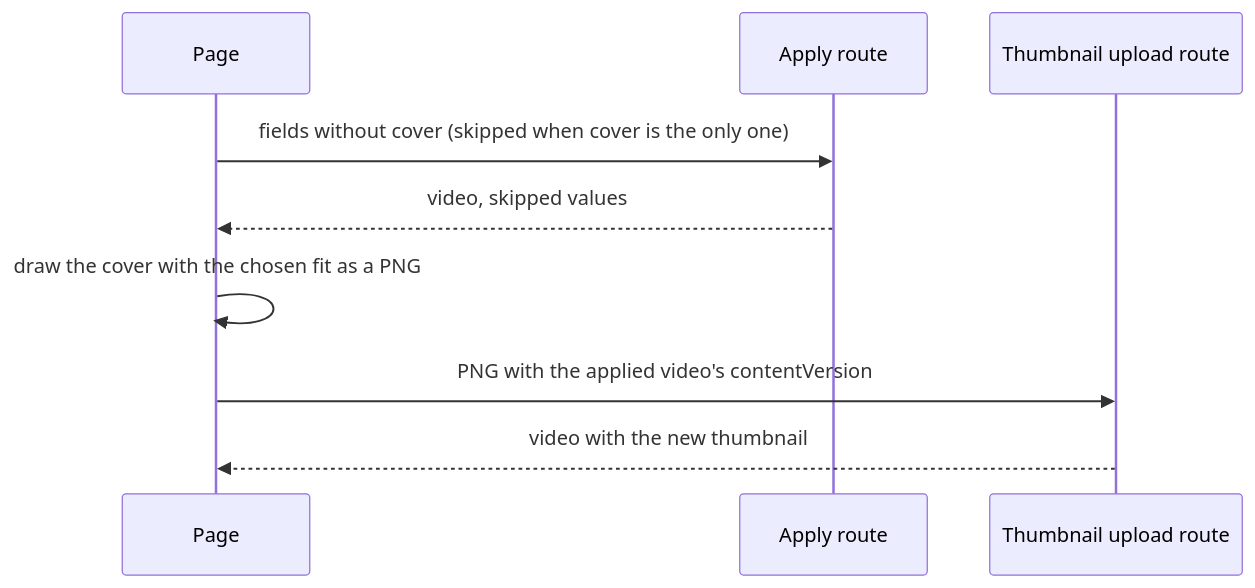
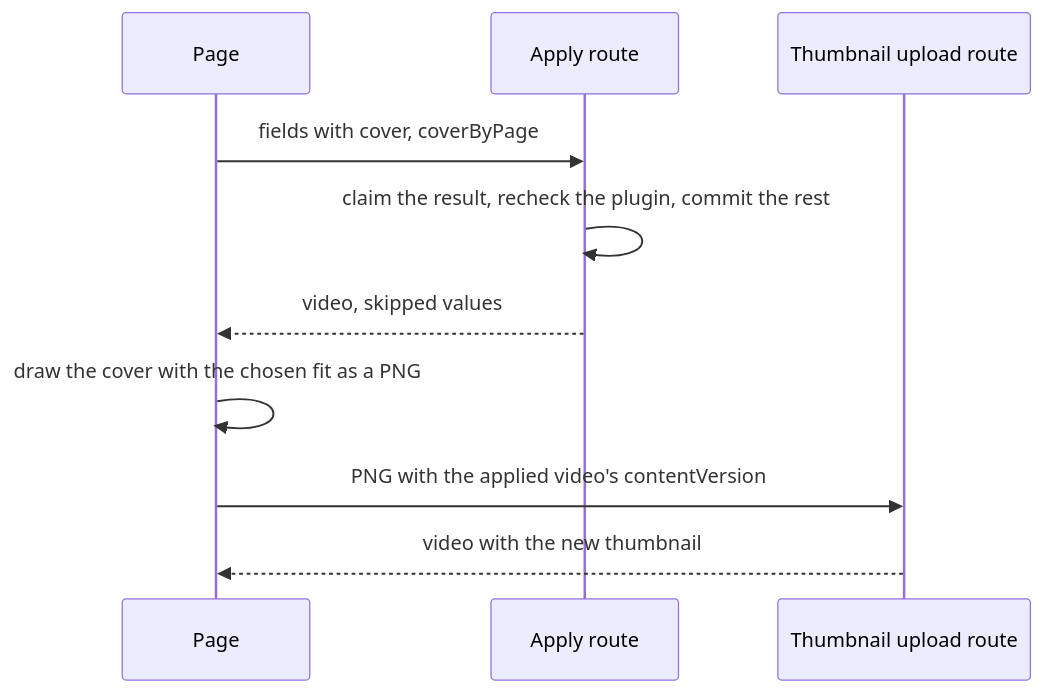
Before and after one commit to syudead/vv: the sixth of 7 diagrams in docs/design-docs/work-info-plugins.md, drawn with Mermaid. The commit also changed other lines of this file and 15 other files, not shown here.

First line of the commit message:
fix(work-info-plugins): check and consume the result before uploading a framed cover

````diff
--- a/docs/design-docs/work-info-plugins.md
+++ b/docs/design-docs/work-info-plugins.md
@@ -338,11 +338,12 @@
 ```mermaid
 sequenceDiagram
   participant P as Page
   participant A as Apply route
   participant U as Thumbnail upload route
-  P->>A: fields without cover (skipped when cover is the only one)
+  P->>A: fields with cover, coverByPage
+  A->>A: claim the result, recheck the plugin, commit the rest
   A-->>P: video, skipped values
   P->>P: draw the cover with the chosen fit as a PNG
   P->>U: PNG with the applied video's contentVersion
   U-->>P: video with the new thumbnail
 ```
````
